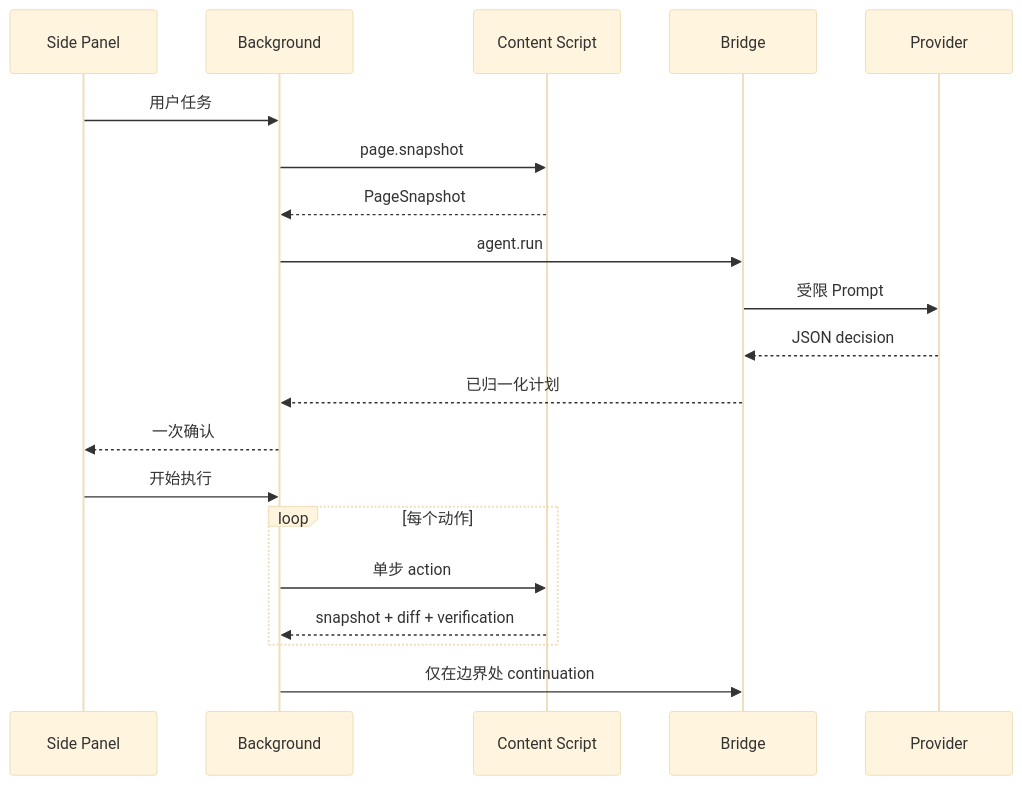
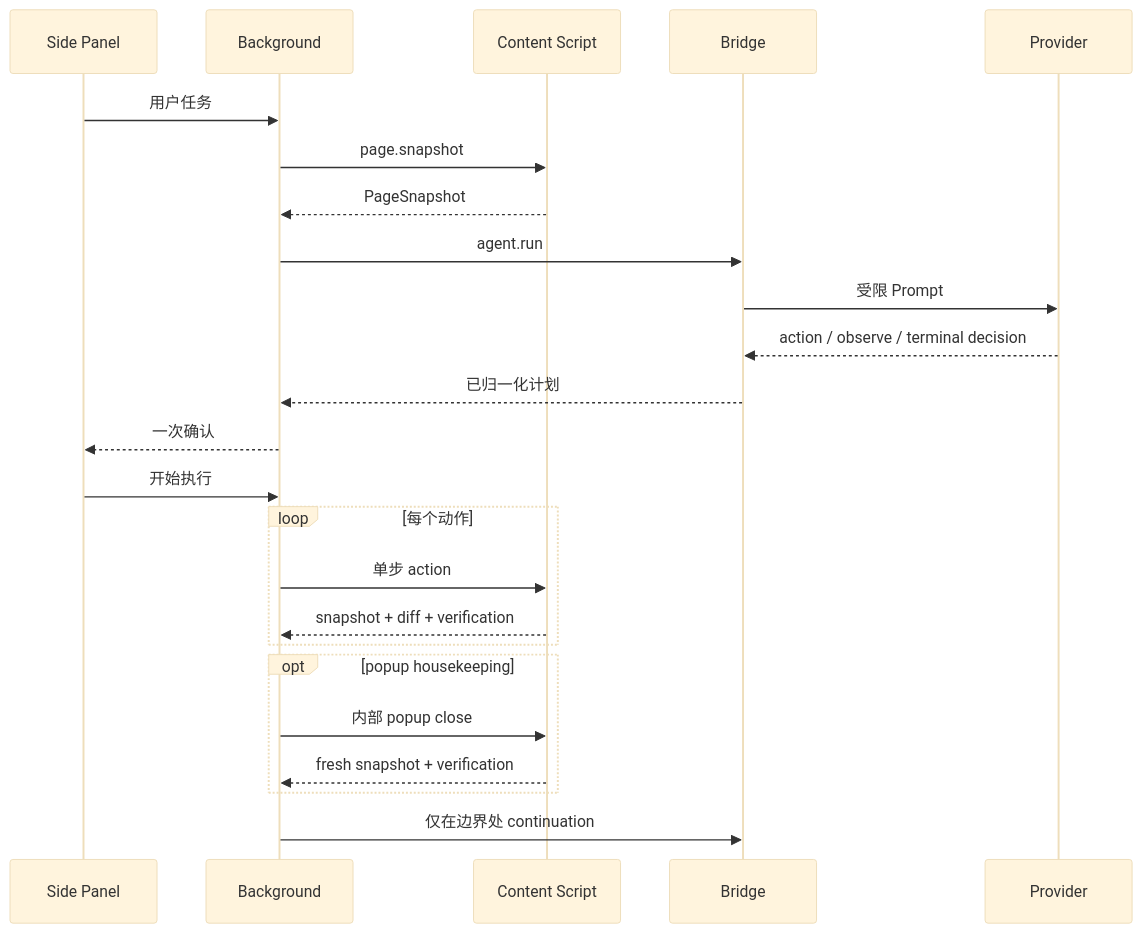
The second of 2 diagrams in docs/architecture.md (simon9703/AutoPageAgent), drawn with Mermaid (base theme) before and after one commit. The commit also changed other lines of this file and 34 other files, not shown here.

````diff
--- a/docs/architecture.md
+++ b/docs/architecture.md
@@ -53,23 +53,27 @@
 ```mermaid
 sequenceDiagram
   participant UI as Side Panel
   participant BG as Background
   participant CS as Content Script
   participant BR as Bridge
   participant AI as Provider
 
   UI->>BG: 用户任务
   BG->>CS: page.snapshot
   CS-->>BG: PageSnapshot
   BG->>BR: agent.run
   BR->>AI: 受限 Prompt
-  AI-->>BR: JSON decision
+  AI-->>BR: action / observe / terminal decision
   BR-->>BG: 已归一化计划
   BG-->>UI: 一次确认
   UI->>BG: 开始执行
   loop 每个动作
     BG->>CS: 单步 action
     CS-->>BG: snapshot + diff + verification
   end
+  opt popup housekeeping
+    BG->>CS: 内部 popup close
+    CS-->>BG: fresh snapshot + verification
+  end
   BG->>BR: 仅在边界处 continuation
 ```
````
